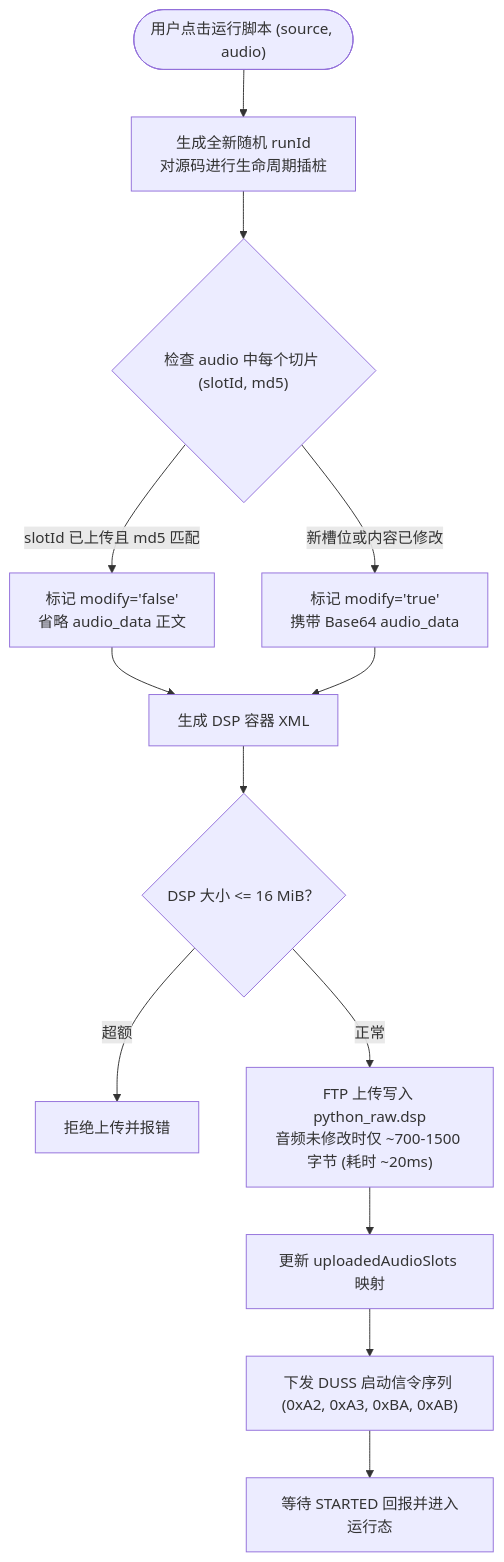
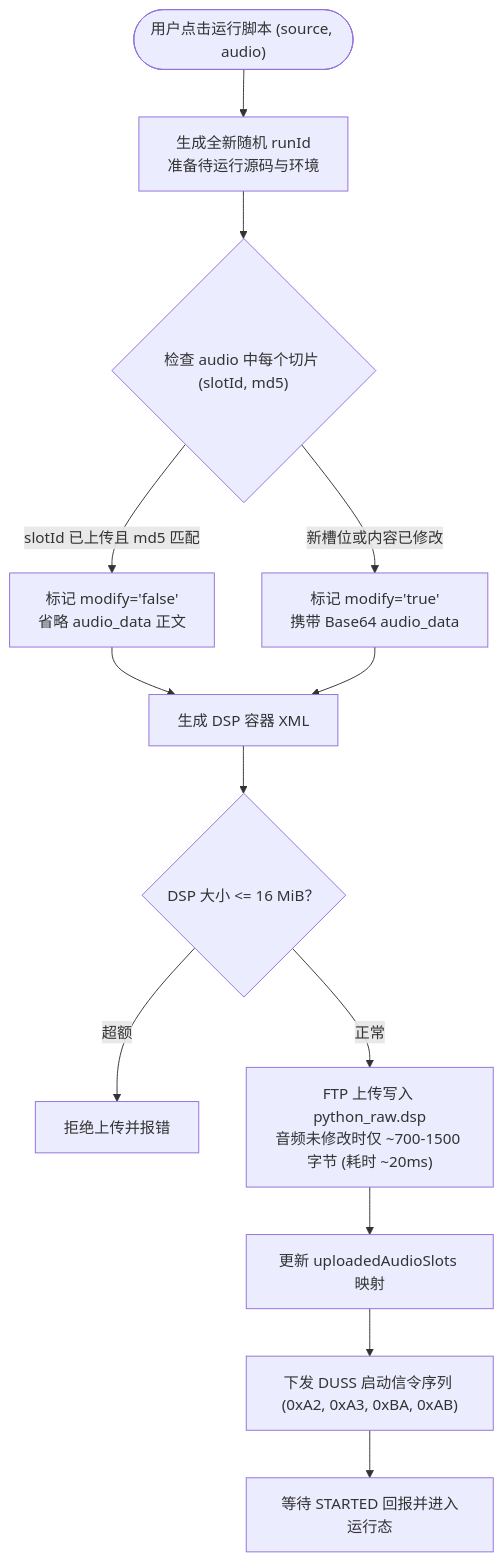
Before and after one commit to elonzh/hanppie: the first of 4 diagrams in docs/architecture.md, drawn with Mermaid. The commit also changed other lines of this file and 9 other files, not shown here.

````diff
--- a/docs/architecture.md
+++ b/docs/architecture.md
@@ -152,15 +148,15 @@
 ```mermaid
 flowchart TD
-    Start(["用户点击运行脚本 (source, audio)"]) --> GenId["生成全新随机 runId<br/>对源码进行生命周期插桩"]
+    Start(["用户点击运行脚本 (source, audio)"]) --> GenId["生成全新随机 runId<br/>准备待运行源码与环境"]
     GenId --> CheckClips{"检查 audio 中每个切片 (slotId, md5)"}
     CheckClips -- "slotId 已上传且 md5 匹配" --> NodeCached["标记 modify='false'<br/>省略 audio_data 正文"]
     CheckClips -- "新槽位或内容已修改" --> NodeFull["标记 modify='true'<br/>携带 Base64 audio_data"]
     NodeCached --> BuildDSP["生成 DSP 容器 XML"]
     NodeFull --> BuildDSP
     BuildDSP --> CheckSize{"DSP 大小 <= 16 MiB？"}
     CheckSize -- "超额" --> Reject["拒绝上传并报错"]
     CheckSize -- "正常" --> UploadFTP["FTP 上传写入 python_raw.dsp<br/>音频未修改时仅 ~700-1500 字节 (耗时 ~20ms)"]
     UploadFTP --> UpdateSlots["更新 uploadedAudioSlots 映射"]
     UpdateSlots --> StartExec["下发 DUSS 启动信令序列 (0xA2, 0xA3, 0xBA, 0xAB)"]
     StartExec --> Running["等待 STARTED 回报并进入运行态"]
 ```
````
